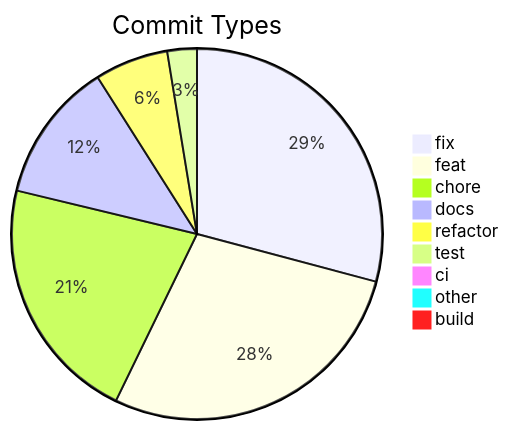
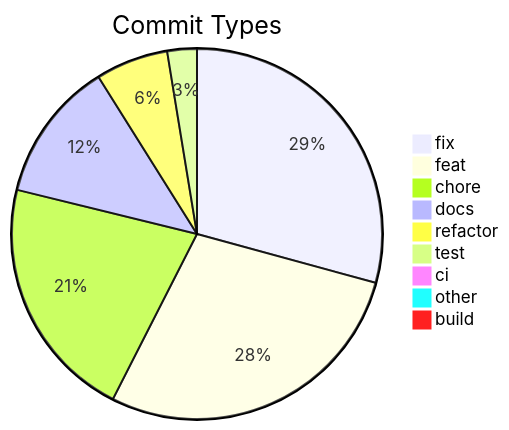
Before and after one commit to svenroth-ai/shipwright: the diagram in .shipwright/compliance/change-history.md, drawn with Mermaid. The commit also changed other lines of this file and 9 other files, not shown here.

````diff
--- a/.shipwright/compliance/change-history.md
+++ b/.shipwright/compliance/change-history.md
@@ -9,12 +9,12 @@
 ```mermaid
 pie title Commit Types
-    "fix" : 350
-    "feat" : 337
-    "chore" : 259
+    "fix" : 351
+    "feat" : 339
+    "chore" : 256
     "docs" : 147
-    "refactor" : 77
+    "refactor" : 76
     "test" : 31
     "ci" : 11
     "other" : 9
     "build" : 1
 ```
````
